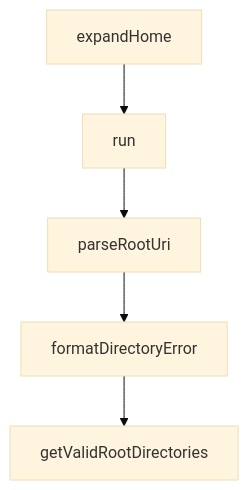
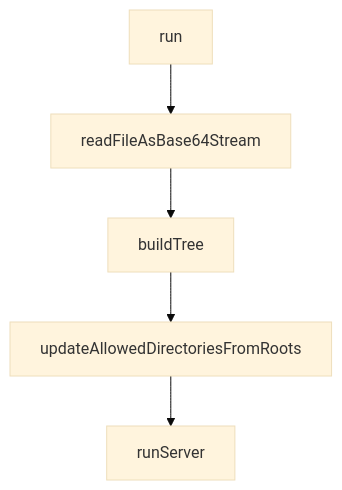
The diagram in tutorials/mcp-servers-tutorial/08-production-adaptation.md (johnxie/awesome-code-docs), drawn with Mermaid (base theme) before and after one commit. The commit also changed other lines of this file and 1232 other files, not shown here.

````diff
--- a/tutorials/mcp-servers-tutorial/08-production-adaptation.md
+++ b/tutorials/mcp-servers-tutorial/08-production-adaptation.md
@@ -265,12 +285,12 @@
 ```mermaid
 flowchart TD
-    A[expandHome]
-    B[run]
-    C[parseRootUri]
-    D[formatDirectoryError]
-    E[getValidRootDirectories]
+    A[run]
+    B[readFileAsBase64Stream]
+    C[buildTree]
+    D[updateAllowedDirectoriesFromRoots]
+    E[runServer]
     A --> B
     B --> C
     C --> D
     D --> E
 ```
````
